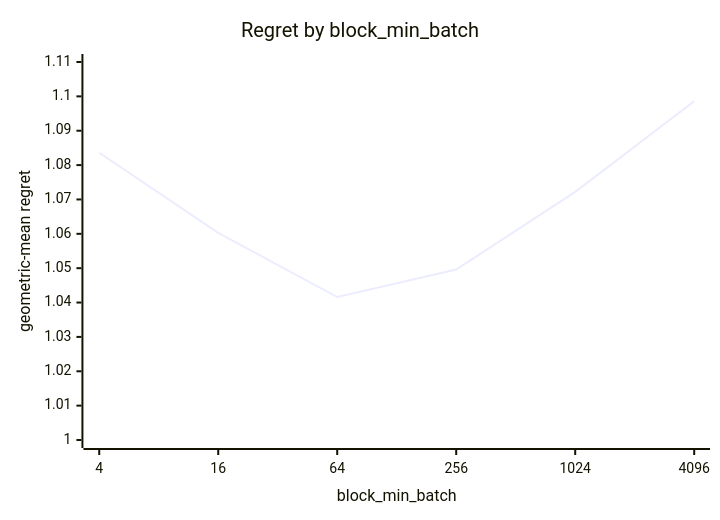
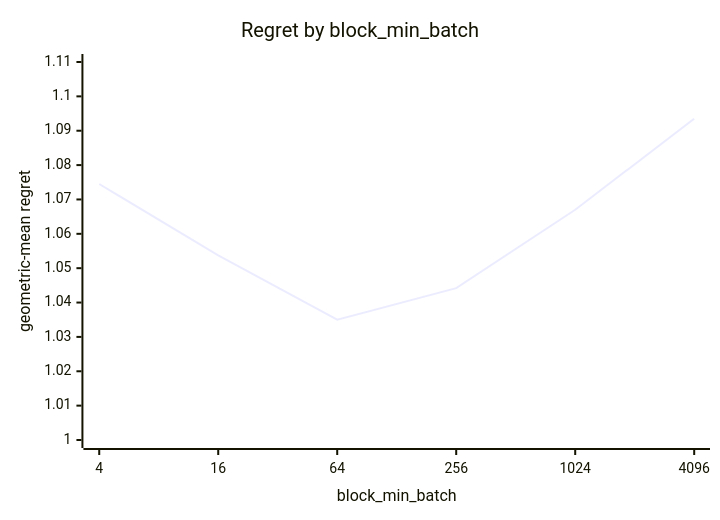
The third of 8 diagrams in docs/results/apple-m5-pro-20gpu/combined/svd/report.md (c0rmac/metal-linalg), drawn with Mermaid before and after one commit. The commit also changed other lines of this file and 9 other files, not shown here.

````diff
--- a/docs/results/apple-m5-pro-20gpu/combined/svd/report.md
+++ b/docs/results/apple-m5-pro-20gpu/combined/svd/report.md
@@ -78,7 +79,7 @@
 ```mermaid
 xychart-beta
     title "Regret by block_min_batch"
     x-axis "block_min_batch" [4, 16, 64, 256, 1024, 4096]
     y-axis "geometric-mean regret" 1.0 --> 1.11
-    line [1.0836, 1.0603, 1.0416, 1.0496, 1.0722, 1.0986]
+    line [1.0745, 1.0537, 1.0350, 1.0442, 1.0670, 1.0935]
 ```
````
